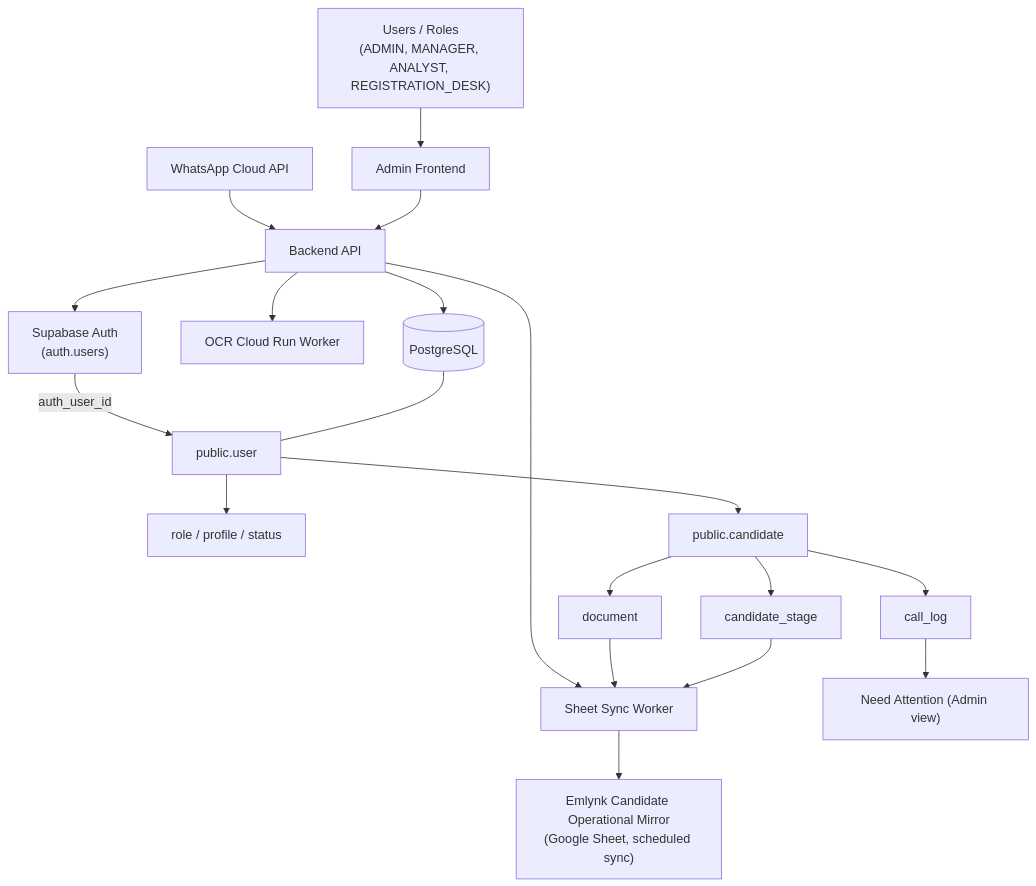
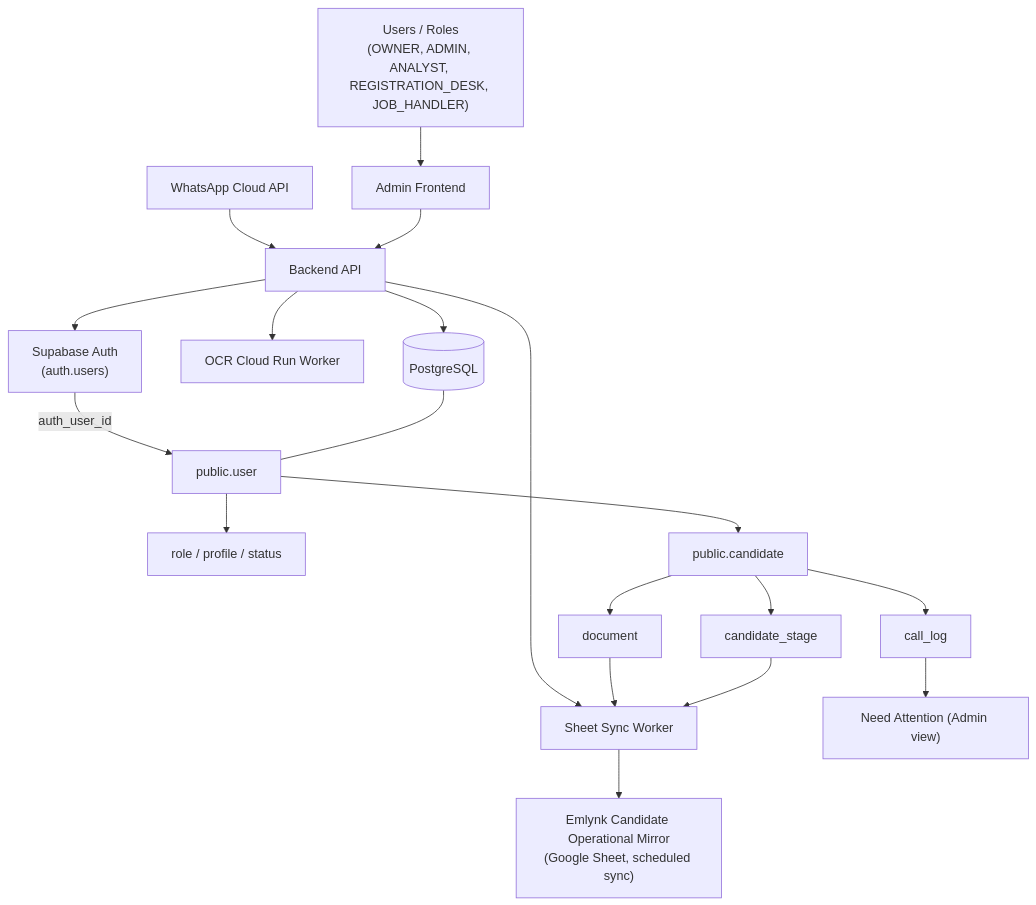
The first of 7 diagrams in README.md (emlynk-pixel/EmlynkWABot), drawn with Mermaid before and after one commit. The commit also changed other lines of this file and 141 other files, not shown here.

First line of the commit message:
feat(rbac): retire the MANAGER role; ADMIN owns its permissions

````diff
--- a/README.md
+++ b/README.md
@@ -143,25 +145,25 @@
 ```mermaid
 flowchart TD
-    Roles["Users / Roles<br/>(ADMIN, MANAGER, ANALYST, REGISTRATION_DESK)"] --> Frontend[Admin Frontend]
+    Roles["Users / Roles<br/>(OWNER, ADMIN, ANALYST, REGISTRATION_DESK, JOB_HANDLER)"] --> Frontend[Admin Frontend]
     WA[WhatsApp Cloud API] --> Backend[Backend API]
     Frontend --> Backend
 
     Backend --> SupaAuth["Supabase Auth<br/>(auth.users)"]
     Backend --> OCR["OCR Cloud Run Worker"]
     Backend --> DB[(PostgreSQL)]
     Backend --> SheetWorker["Sheet Sync Worker"]
 
     SupaAuth -->|auth_user_id| PublicUser["public.user"]
     DB --- PublicUser
     PublicUser --> RoleProfile["role / profile / status"]
     PublicUser --> Candidate["public.candidate"]
 
     Candidate --> Document["document"]
     Candidate --> Stage["candidate_stage"]
     Candidate --> CallLog["call_log"]
 
     SheetWorker --> SheetMirror["Emlynk Candidate Operational Mirror<br/>(Google Sheet, scheduled sync)"]
     Document --> SheetWorker
     Stage --> SheetWorker
     CallLog --> NeedAttention["Need Attention (Admin view)"]
 ```
````
